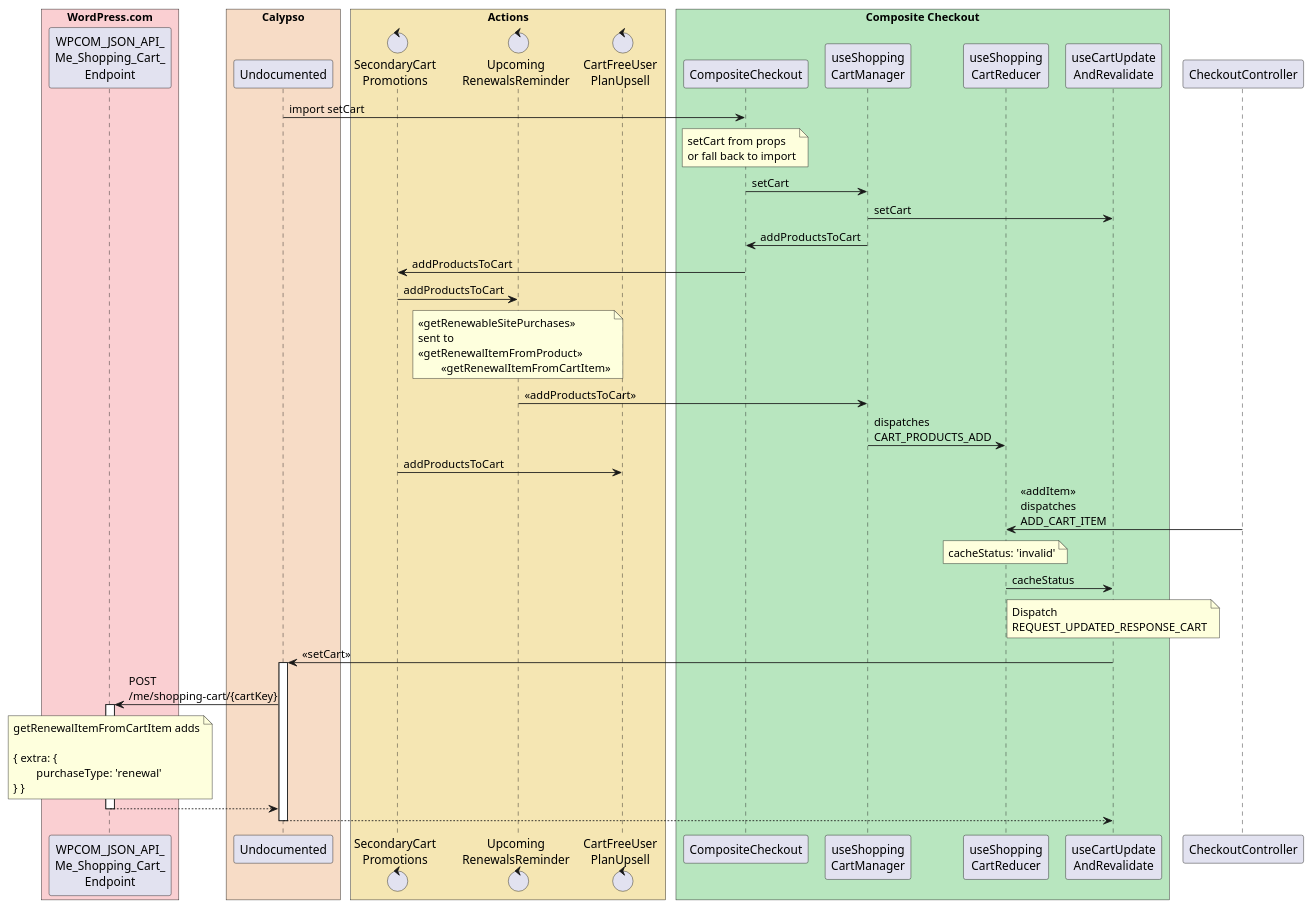
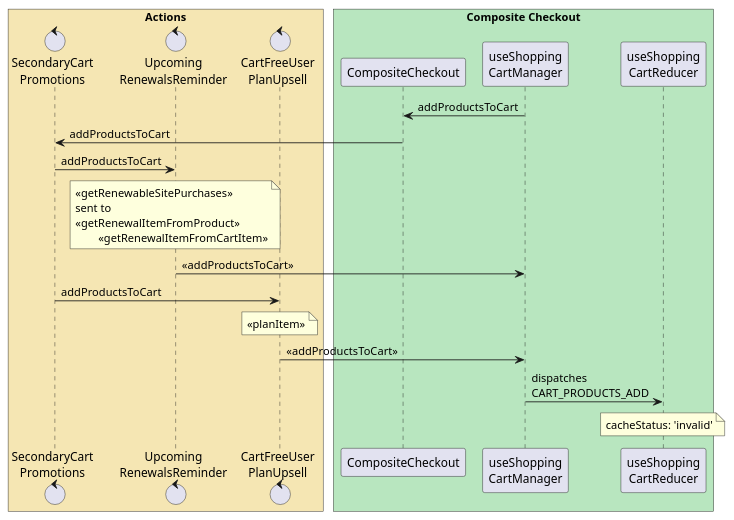
Before and after one commit to younessomlk/wp-caly: the diagram in client/my-sites/checkout/docs/set-cart-via-button.puml, drawn with PlantUML. The commit also changed 2 other files, not shown here.

Commit message:
Remove setCart elements from diagram

```diff
--- a/client/my-sites/checkout/docs/set-cart-via-button.puml
+++ b/client/my-sites/checkout/docs/set-cart-via-button.puml
@@ -1,77 +1,45 @@
 @startuml
 
 'red: #facfd2
 'orange: #f7dcc6
 'yellow: #f5e6b3
 'green: #b8e6bf
 
 skinparam ParticipantPadding 5
 skinparam BoxPadding 5
-box "WordPress.com" #facfd2
-  participant WPCOM_JSON_API_Me_Shopping_Cart_Endpoint as "WPCOM_JSON_API_\nMe_Shopping_Cart_\nEndpoint"
-end box
-box "Calypso" #f7dcc6
-  participant Undocumented
-end box
+
 box "Actions" #f5e6b3
 	control SecondaryCartPromotions as "SecondaryCart\nPromotions"
 	control UpcomingRenewalsReminder as "Upcoming\nRenewalsReminder"
 	control CartFreeUserPlanUpsell as "CartFreeUser\nPlanUpsell"
 end box
 box "Composite Checkout" #b8e6bf
   participant CompositeCheckout
   participant useShoppingCartManager as "useShopping\nCartManager"
   participant useShoppingCartReducer as "useShopping\nCartReducer"
-  participant useCartUpdateAndRevalidate as "useCartUpdate\nAndRevalidate"
 end box
-
-'Imports
-Undocumented -> CompositeCheckout : import setCart
-note over CompositeCheckout
-	setCart from props
-	or fall back to import
-end note
-CompositeCheckout -> useShoppingCartManager : setCart
-useShoppingCartManager -> useCartUpdateAndRevalidate : setCart
 
 'Props
 useShoppingCartManager -> CompositeCheckout : addProductsToCart
 CompositeCheckout -> SecondaryCartPromotions : addProductsToCart
 SecondaryCartPromotions -> UpcomingRenewalsReminder : addProductsToCart
 note over UpcomingRenewalsReminder
 	<< getRenewableSitePurchases >>
 	sent to
 	<< getRenewalItemFromProduct >>
 		<< getRenewalItemFromCartItem >>
 end note
 UpcomingRenewalsReminder -> useShoppingCartManager : << addProductsToCart >>
+SecondaryCartPromotions -> CartFreeUserPlanUpsell : addProductsToCart
+note over CartFreeUserPlanUpsell
+	<< planItem >>
+end note
+CartFreeUserPlanUpsell -> useShoppingCartManager : << addProductsToCart >>
 useShoppingCartManager -> useShoppingCartReducer : dispatches\nCART_PRODUCTS_ADD
-SecondaryCartPromotions -> CartFreeUserPlanUpsell : addProductsToCart
-
 
 'Cache invalidation
-CheckoutController -> useShoppingCartReducer : << addItem >>\ndispatches\nADD_CART_ITEM
 note over useShoppingCartReducer
 	cacheStatus: 'invalid'
 end note
-useShoppingCartReducer -> useCartUpdateAndRevalidate : cacheStatus
-note over useCartUpdateAndRevalidate
-	Dispatch
-	REQUEST_UPDATED_RESPONSE_CART
-end note
-useCartUpdateAndRevalidate -> Undocumented : << setCart >>
-activate Undocumented
-Undocumented -> WPCOM_JSON_API_Me_Shopping_Cart_Endpoint : POST\n/me/shopping-cart/{cartKey}
-activate WPCOM_JSON_API_Me_Shopping_Cart_Endpoint
-'Explain renewal flags
-note over WPCOM_JSON_API_Me_Shopping_Cart_Endpoint
-	getRenewalItemFromCartItem adds
-
-	{ extra: {
-		purchaseType: 'renewal'
-	} }
-end note
-return
-return
 
 @enduml
```
